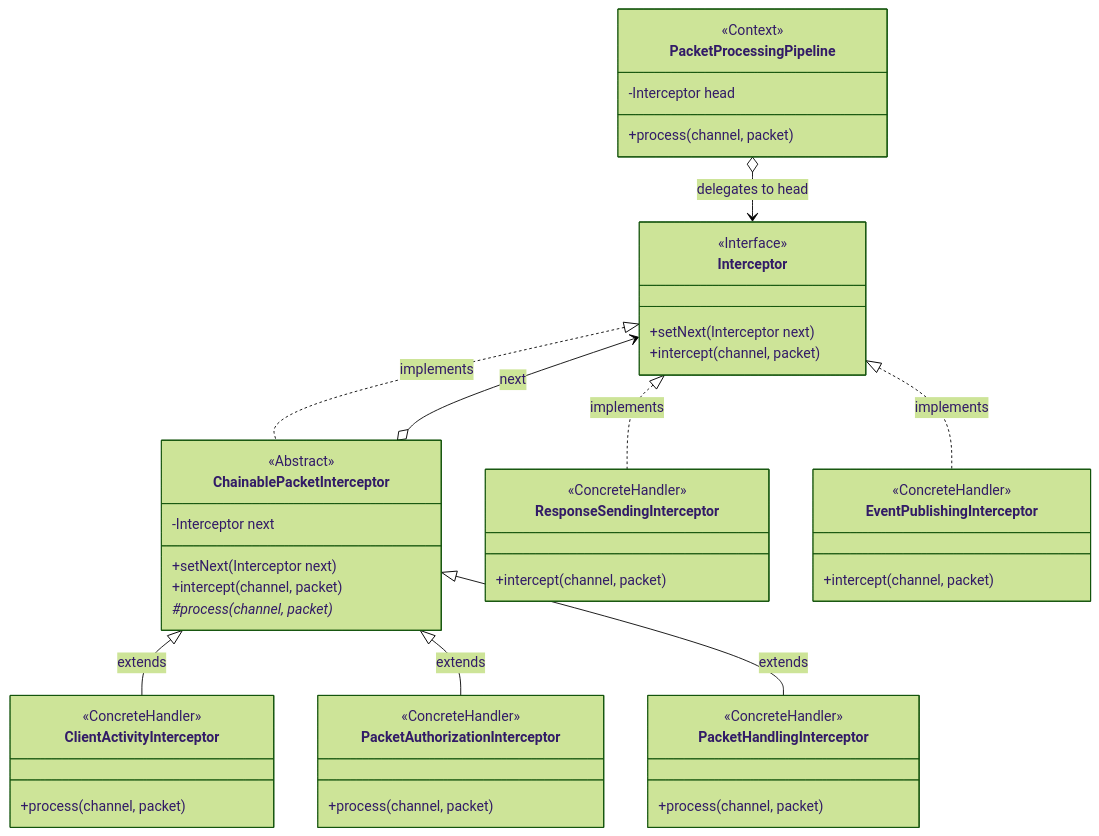
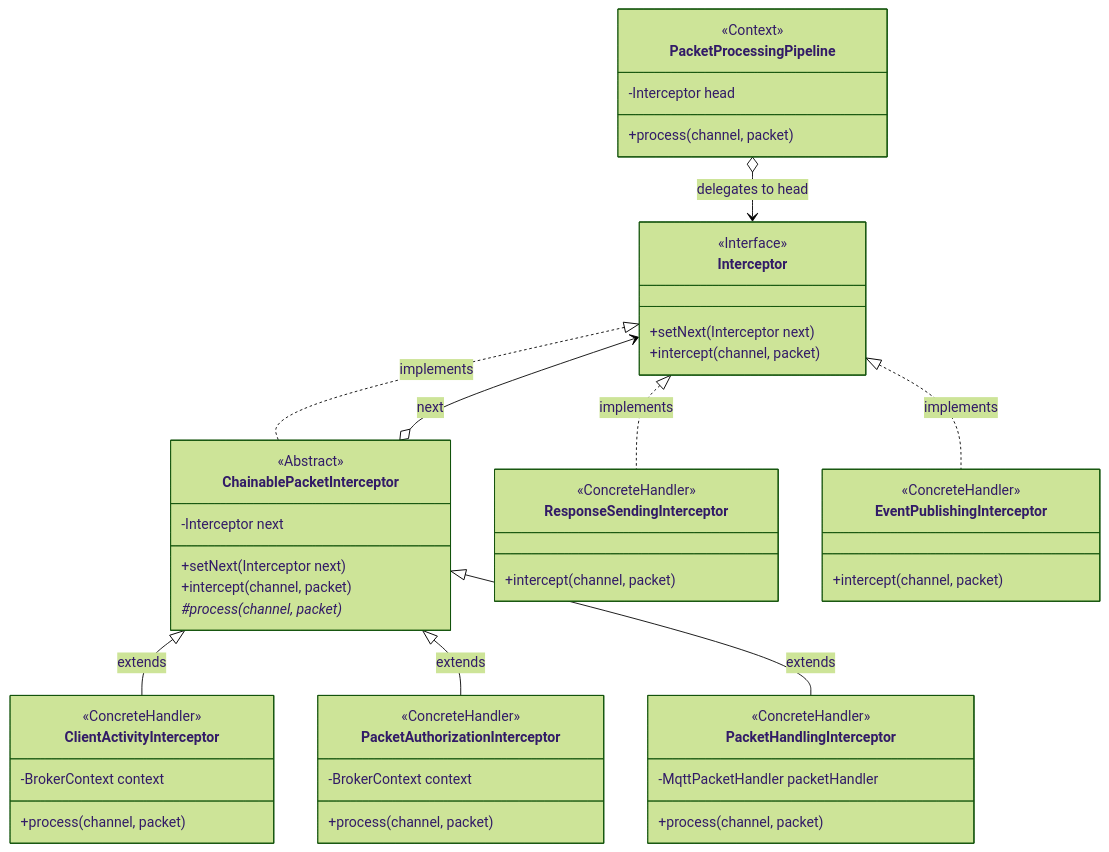
One commit to karolbystrek/mqtt-broker changed the ninth of 16 diagrams in README.md. Above: the diagram before and after it, drawn with Mermaid (forest theme). The commit also changed other lines of this file, not shown here.

Commit message:
update README.md with corrected diagrams <<note class diagram and 2nd activity work in progress>>

````diff
--- a/README.md
+++ b/README.md
@@ -499,67 +640,70 @@
 ```mermaid
 classDiagram
     %% --- Core Components ---
     class PacketProcessingPipeline {
         <<Context>>
         -Interceptor head
         +process(channel, packet)
     }
 
     class Interceptor {
         <<Interface>>
         <<Handler>>
         +setNext(Interceptor next)
         +intercept(channel, packet)
     }
 
     class ChainablePacketInterceptor {
         <<Abstract>>
         <<BaseHandler>>
         -Interceptor next
         +setNext(Interceptor next)
         +intercept(channel, packet)
         #process(channel, packet)*
     }
 
     %% --- Direct Implementations (Wrappers) ---
     class ResponseSendingInterceptor {
         <<ConcreteHandler>>
         +intercept(channel, packet)
     }
     class EventPublishingInterceptor {
         <<ConcreteHandler>>
         +intercept(channel, packet)
     }
 
     %% --- Chainable Implementations (Filters) ---
     class ClientActivityInterceptor {
         <<ConcreteHandler>>
+        -BrokerContext context
         +process(channel, packet)
     }
     class PacketAuthorizationInterceptor {
         <<ConcreteHandler>>
+        -BrokerContext context
         +process(channel, packet)
     }
     class PacketHandlingInterceptor {
         <<ConcreteHandler>>
+        -MqttPacketHandler packetHandler
         +process(channel, packet)
     }
 
     %% --- Relationships ---
     
     %% Context Delegates
     PacketProcessingPipeline o--> Interceptor : delegates to head
 
     %% Interface Realization
     Interceptor <|.. ChainablePacketInterceptor : implements
     Interceptor <|.. ResponseSendingInterceptor : implements
     Interceptor <|.. EventPublishingInterceptor : implements
 
     %% Inheritance (Base Implementation)
     ChainablePacketInterceptor <|-- ClientActivityInterceptor : extends
     ChainablePacketInterceptor <|-- PacketAuthorizationInterceptor : extends
     ChainablePacketInterceptor <|-- PacketHandlingInterceptor : extends
     
     %% Chain Linkage
     ChainablePacketInterceptor o--> Interceptor : next
 ```
````
